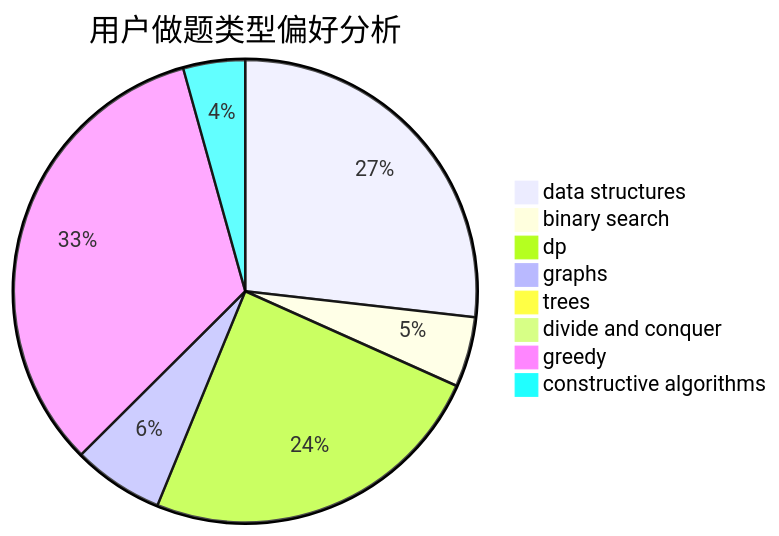
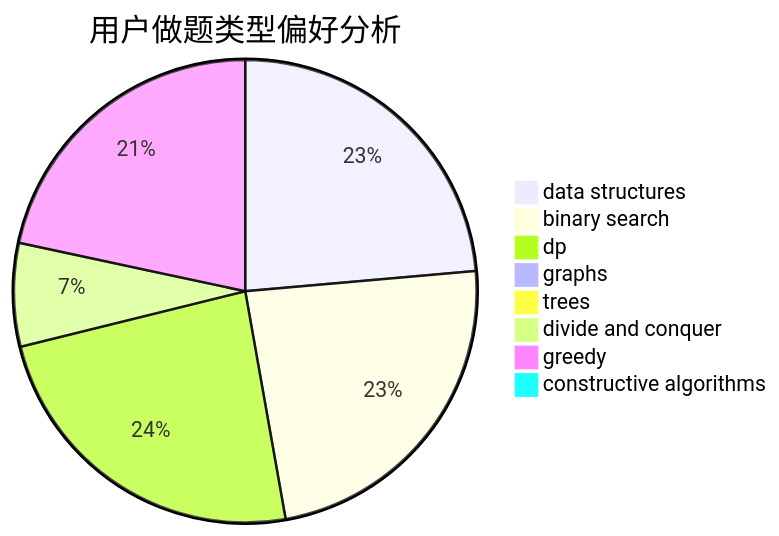
The second of 3 diagrams in docs/user/u752.md (sherpahu/cfrs.github.io), drawn with Mermaid before and after one commit. The commit also changed other lines of this file and 2770 other files, not shown here.

````diff
--- a/docs/user/u752.md
+++ b/docs/user/u752.md
@@ -23,11 +23,11 @@
 ```mermaid
 pie title 用户做题类型偏好分析
-    "data structures" :  93
-    "binary search" :  17
-    "dp" :  85
-    "graphs" :  22
-    "trees" :  1
-    "divide and conquer" :  0
-    "greedy" :  115
-    "constructive algorithms" :  15
+    "data structures" :  494
+    "binary search" :  494
+    "dp" :  501
+    "graphs" :  7
+    "trees" :  17
+    "divide and conquer" :  151
+    "greedy" :  453
+    "constructive algorithms" :  1
 ```
````
